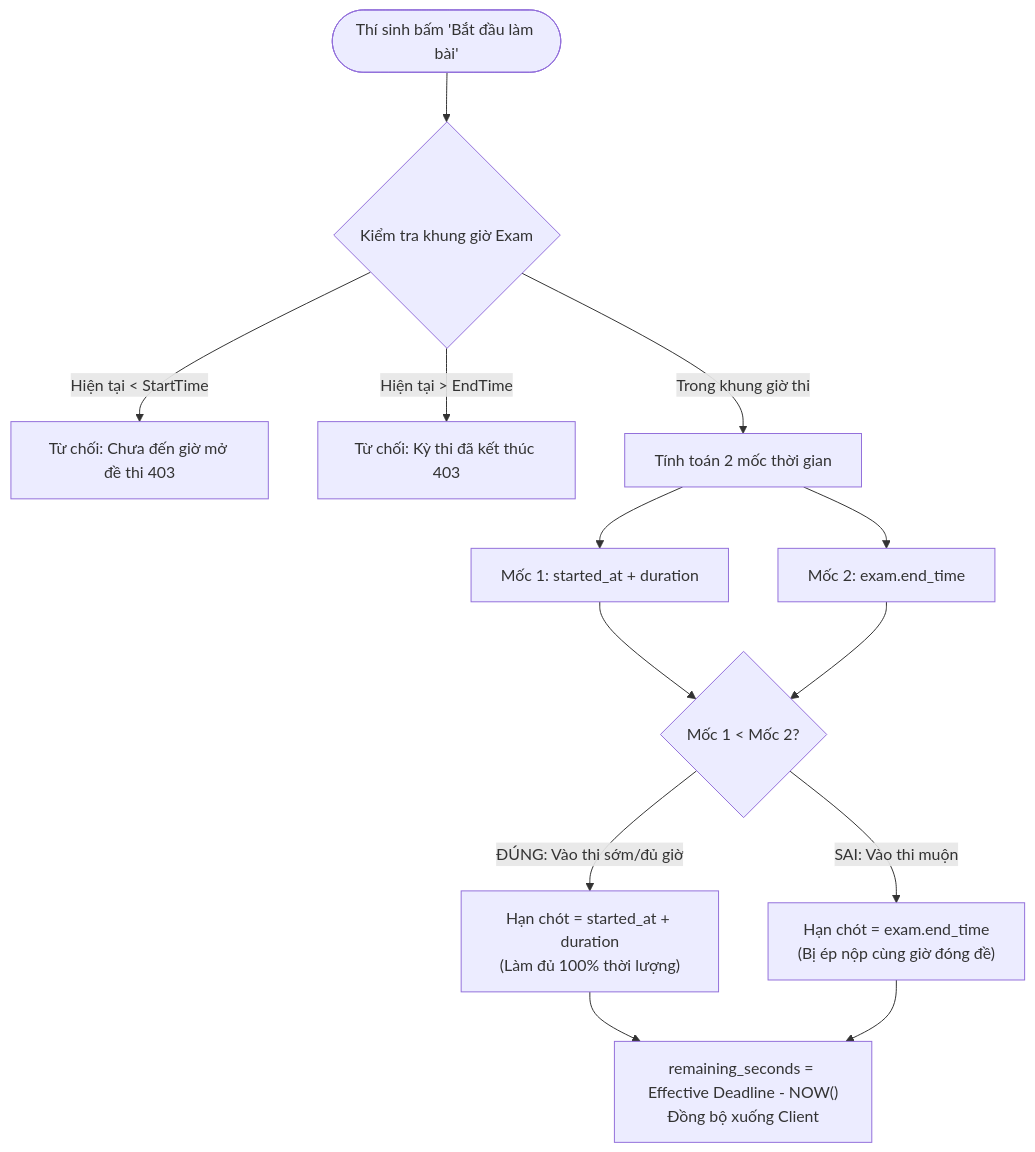
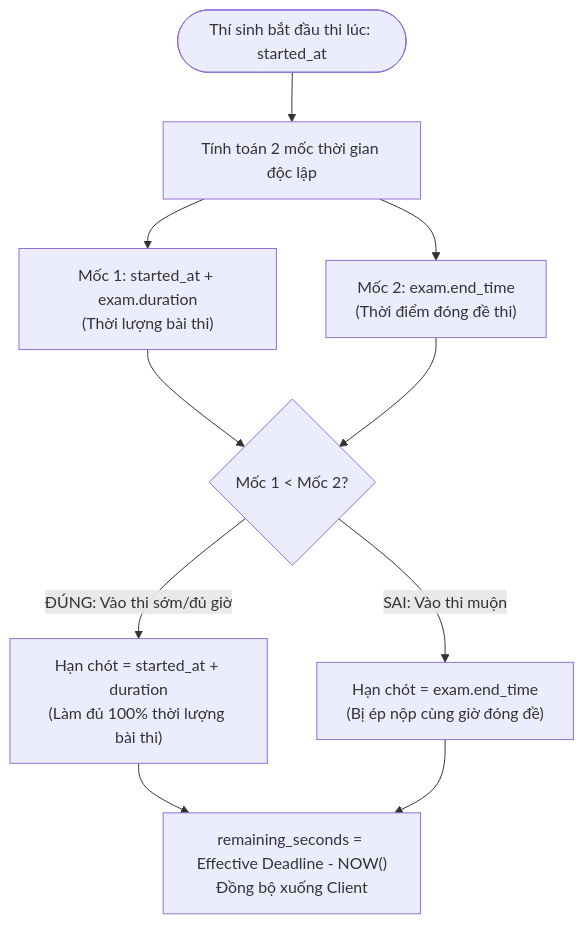
Before and after one commit to NguenDung/exam-system-mvp: the third of 3 diagrams in ARCHITECTURE_AND_REPORT.md, drawn with Mermaid. The commit also changed other lines of this file and 14 other files, not shown here.

````diff
--- a/ARCHITECTURE_AND_REPORT.md
+++ b/ARCHITECTURE_AND_REPORT.md
@@ -342,16 +306,12 @@
 ```mermaid
 flowchart TD
-    Start([Thí sinh bấm 'Bắt đầu làm bài']) --> CheckWindow{Kiểm tra khung giờ Exam}
-    CheckWindow -- "Hiện tại < StartTime" --> RejectEarly[Từ chối: Chưa đến giờ mở đề thi 403]
-    CheckWindow -- "Hiện tại > EndTime" --> RejectLate[Từ chối: Kỳ thi đã kết thúc 403]
-    CheckWindow -- "Trong khung giờ thi" --> CalcDeadlines[Tính toán 2 mốc thời gian]
-    
-    CalcDeadlines --> D1["Mốc 1: started_at + duration"]
-    CalcDeadlines --> D2["Mốc 2: exam.end_time"]
+    Start([Thí sinh bắt đầu thi lúc: started_at]) --> CalcDeadlines[Tính toán 2 mốc thời gian độc lập]
+    CalcDeadlines --> D1["Mốc 1: started_at + exam.duration<br/>(Thời lượng bài thi)"]
+    CalcDeadlines --> D2["Mốc 2: exam.end_time<br/>(Thời điểm đóng đề thi)"]
     
     D1 & D2 --> Compare{Mốc 1 < Mốc 2?}
-    Compare -- "ĐÚNG: Vào thi sớm/đủ giờ" --> Effective1["Hạn chót = started_at + duration<br/>(Làm đủ 100% thời lượng)"]
+    Compare -- "ĐÚNG: Vào thi sớm/đủ giờ" --> Effective1["Hạn chót = started_at + duration<br/>(Làm đủ 100% thời lượng bài thi)"]
     Compare -- "SAI: Vào thi muộn" --> Effective2["Hạn chót = exam.end_time<br/>(Bị ép nộp cùng giờ đóng đề)"]
     
     Effective1 & Effective2 --> SyncClient["remaining_seconds = Effective Deadline - NOW()<br/>Đồng bộ xuống Client"]
 ```
````
